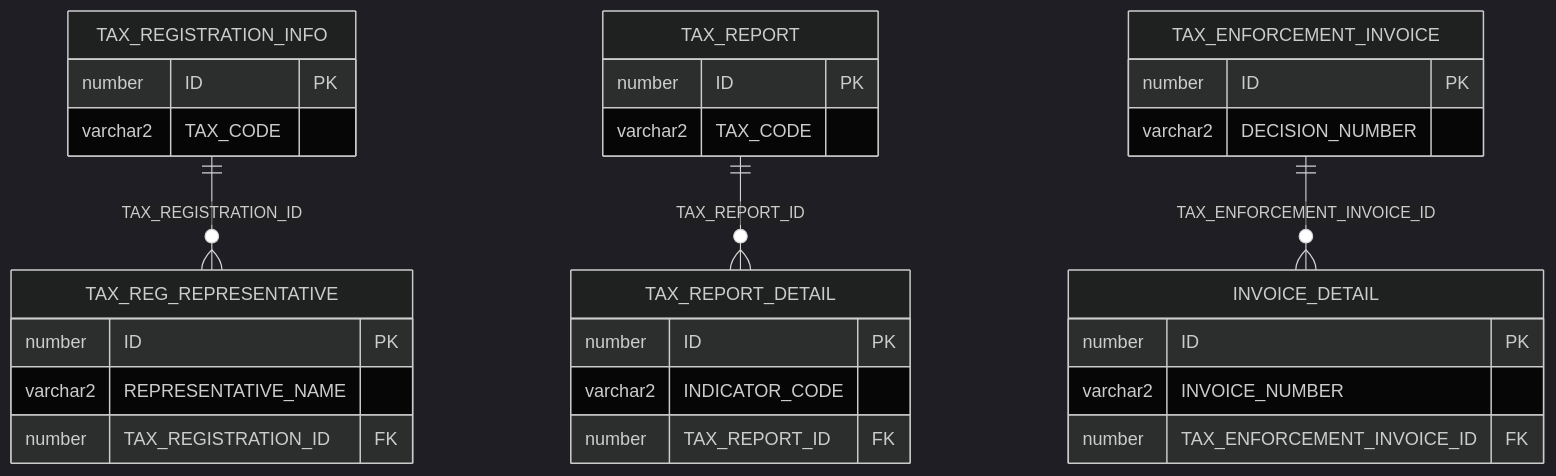
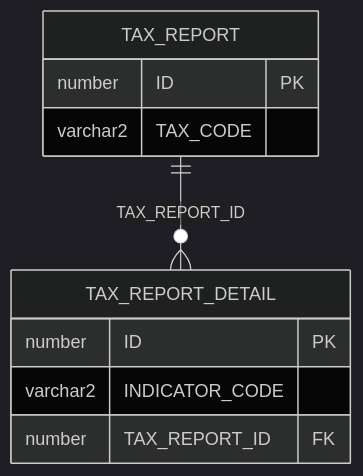
Before and after one commit to linhlvit/ubck_atomic_design: the first of 2 diagrams in DataModel/working/Atomic/hld/KNT_HLD_Tier2.md, drawn with Mermaid (dark theme). The commit also changed other lines of this file and 96 other files, not shown here.

````diff
--- a/DataModel/working/Atomic/hld/KNT_HLD_Tier2.md
+++ b/DataModel/working/Atomic/hld/KNT_HLD_Tier2.md
@@ -20,39 +18,15 @@
 ```mermaid
 erDiagram
-    TAX_REGISTRATION_INFO {
-        number ID PK
-        varchar2 TAX_CODE
-    }
-
-    TAX_REG_REPRESENTATIVE {
-        number ID PK
-        varchar2 REPRESENTATIVE_NAME
-        number TAX_REGISTRATION_ID FK
-    }
-
     TAX_REPORT {
         number ID PK
         varchar2 TAX_CODE
     }
 
     TAX_REPORT_DETAIL {
         number ID PK
         varchar2 INDICATOR_CODE
         number TAX_REPORT_ID FK
     }
 
-    TAX_ENFORCEMENT_INVOICE {
-        number ID PK
-        varchar2 DECISION_NUMBER
-    }
-
-    INVOICE_DETAIL {
-        number ID PK
-        varchar2 INVOICE_NUMBER
-        number TAX_ENFORCEMENT_INVOICE_ID FK
-    }
-
-    TAX_REGISTRATION_INFO ||--o{ TAX_REG_REPRESENTATIVE : "TAX_REGISTRATION_ID"
     TAX_REPORT ||--o{ TAX_REPORT_DETAIL : "TAX_REPORT_ID"
-    TAX_ENFORCEMENT_INVOICE ||--o{ INVOICE_DETAIL : "TAX_ENFORCEMENT_INVOICE_ID"
 ```
````
